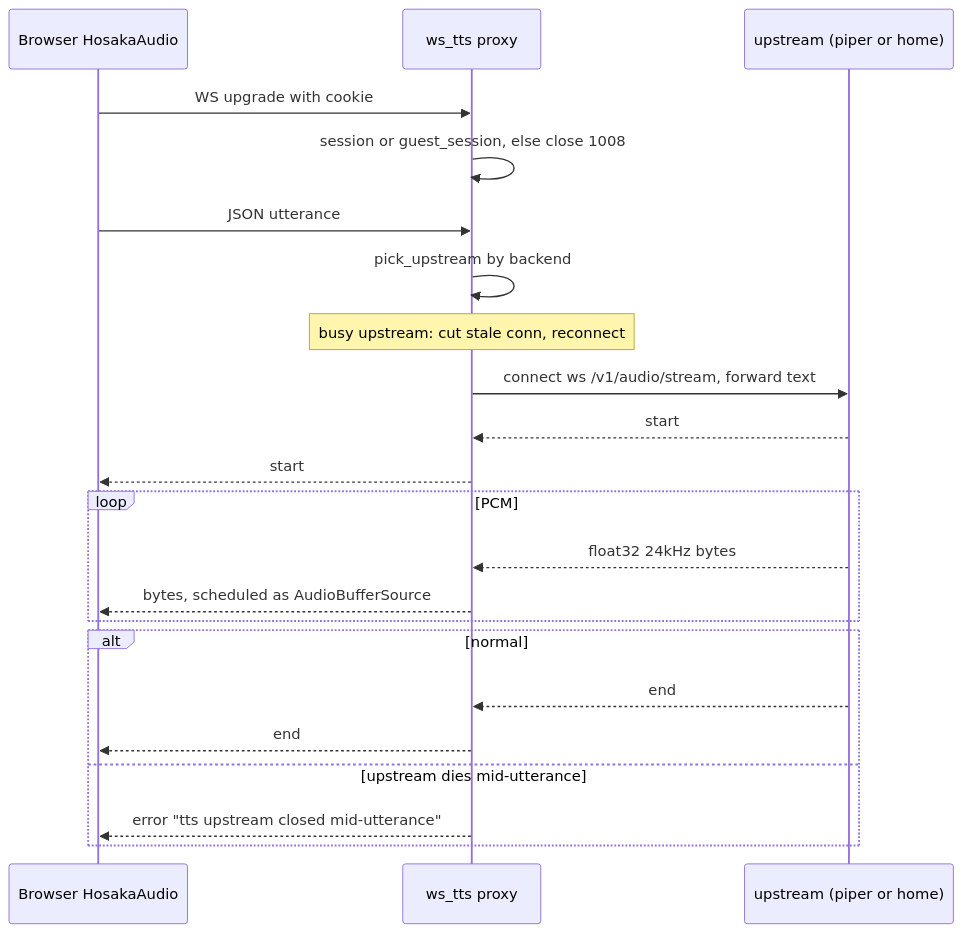
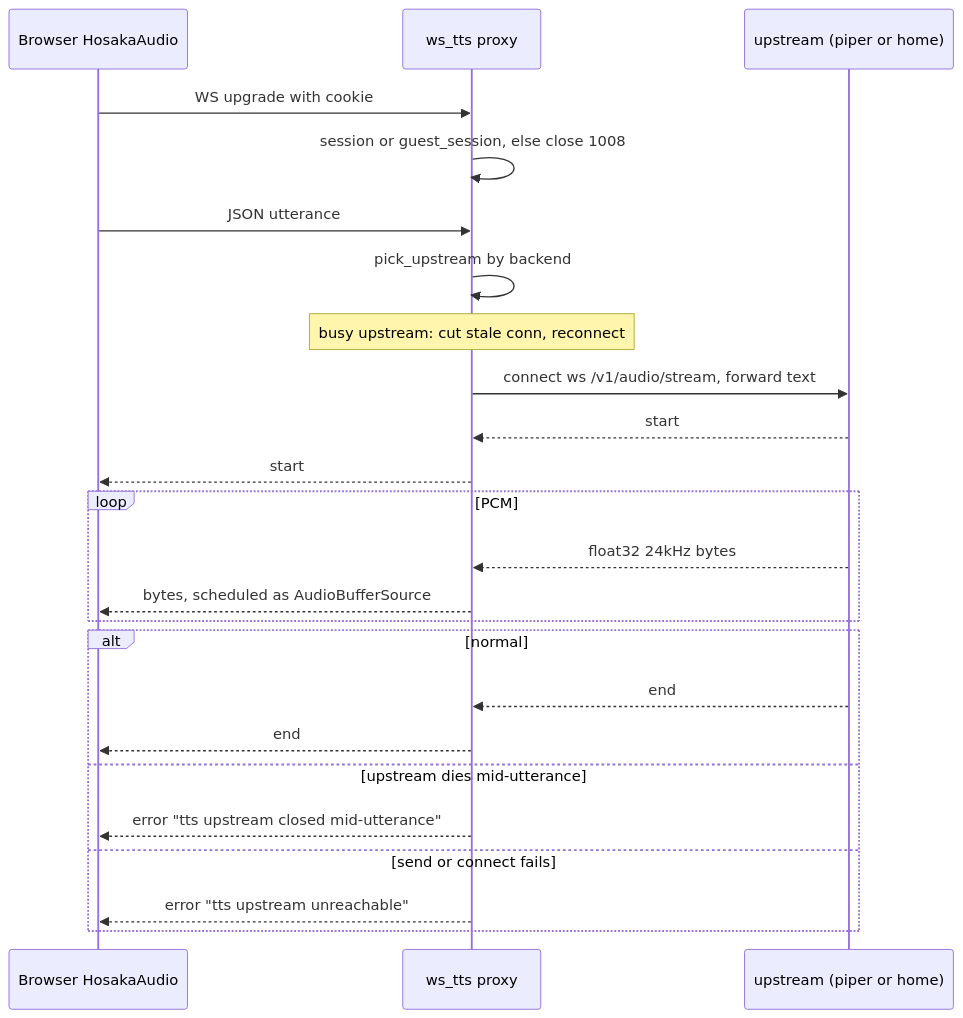
One commit to wai-lau/exec-fn changed the diagram in docs/arch/04-utterance.mmd. Above: the diagram before and after it, drawn with Mermaid. The commit also changed 42 other files, not shown here.

```diff
--- a/docs/arch/04-utterance.mmd
+++ b/docs/arch/04-utterance.mmd
@@ -1,23 +1,25 @@
 sequenceDiagram
   participant B as Browser HosakaAudio
   participant WS as ws_tts proxy
   participant U as upstream (piper or home)
 
   B->>WS: WS upgrade with cookie
   WS->>WS: session or guest_session, else close 1008
   B->>WS: JSON utterance
   WS->>WS: pick_upstream by backend
   Note over WS: busy upstream: cut stale conn, reconnect
   WS->>U: connect ws /v1/audio/stream, forward text
   U-->>WS: start
   WS-->>B: start
   loop PCM
     U-->>WS: float32 24kHz bytes
     WS-->>B: bytes, scheduled as AudioBufferSource
   end
   alt normal
     U-->>WS: end
     WS-->>B: end
   else upstream dies mid-utterance
     WS-->>B: error "tts upstream closed mid-utterance"
+  else send or connect fails
+    WS-->>B: error "tts upstream unreachable"
   end
```
